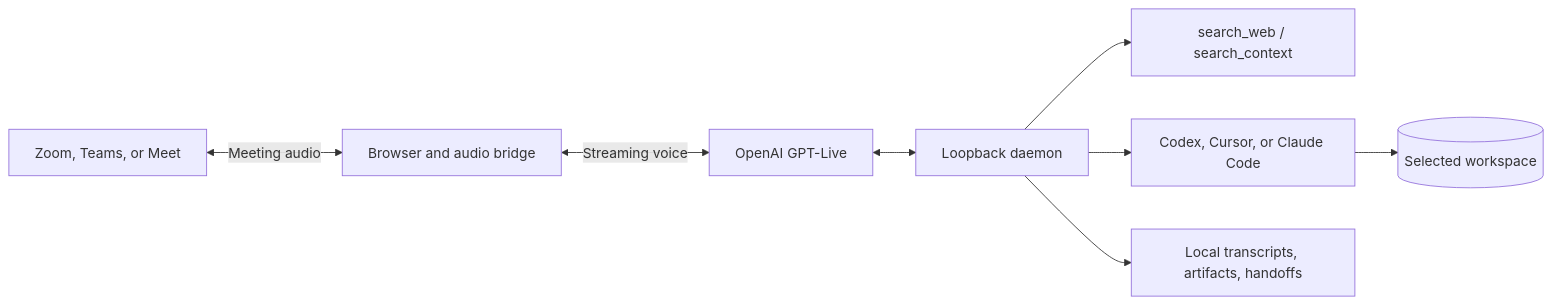
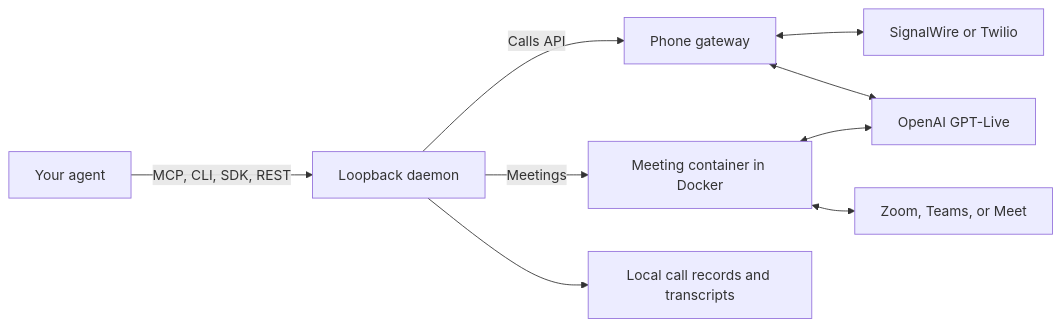
One commit to kaelorlabs/smitline changed the diagram in README.md. Above: the diagram before and after it, drawn with Mermaid. The commit also changed other lines of this file and 253 other files, not shown here.

First line of the commit message:
Clean up: calls and meetings only, GPT-Live as the only voice

````diff
--- a/README.md
+++ b/README.md
@@ -51,10 +42,11 @@
 ```mermaid
 flowchart LR
-    Team[Zoom, Teams, or Meet] <-->|Meeting audio| Bridge[Browser and audio bridge]
-    Bridge <-->|Streaming voice| Voice[OpenAI GPT-Live]
-    Voice <--> Daemon[Loopback daemon]
-    Daemon --> Search[search_web / search_context]
-    Daemon --> Agent[Codex, Cursor, or Claude Code]
-    Agent --> Workspace[(Selected workspace)]
-    Daemon --> Records[Local transcripts, artifacts, handoffs]
+    Agent[Your agent] -->|MCP, CLI, SDK, REST| Daemon[Loopback daemon]
+    Daemon -->|Calls API| Phone[Phone gateway]
+    Phone <--> Provider[SignalWire or Twilio]
+    Daemon -->|Meetings| Bot[Meeting container in Docker]
+    Bot <--> Meet[Zoom, Teams, or Meet]
+    Phone <--> Voice[OpenAI GPT-Live]
+    Bot <--> Voice
+    Daemon --> Records[Local call records and transcripts]
 ```
````
